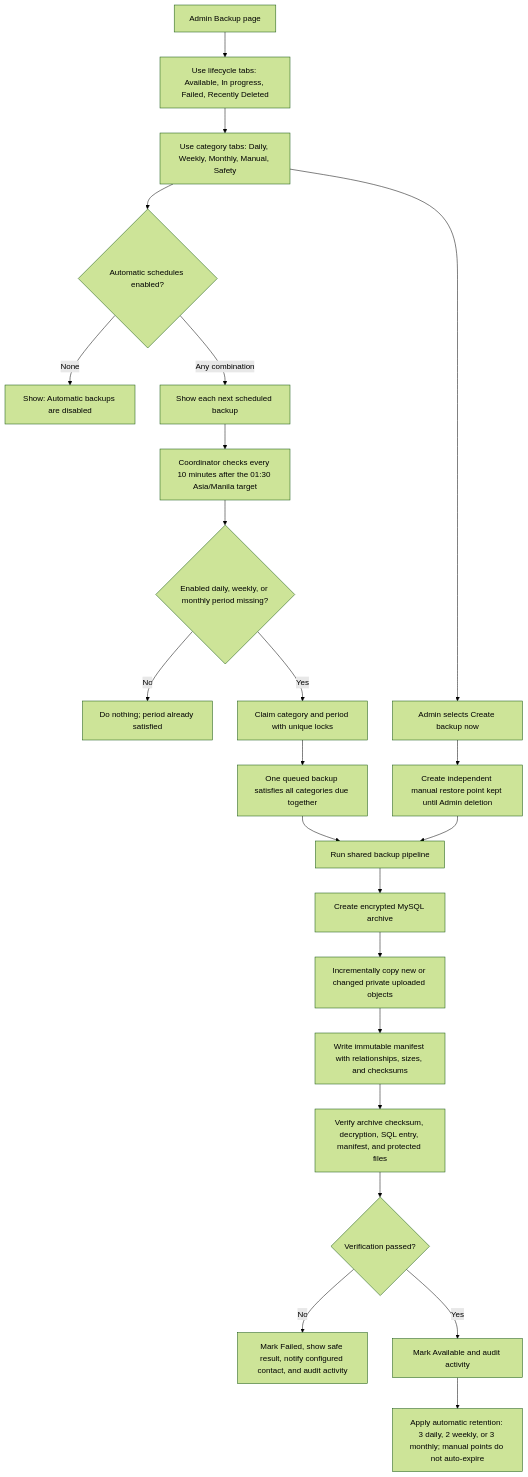
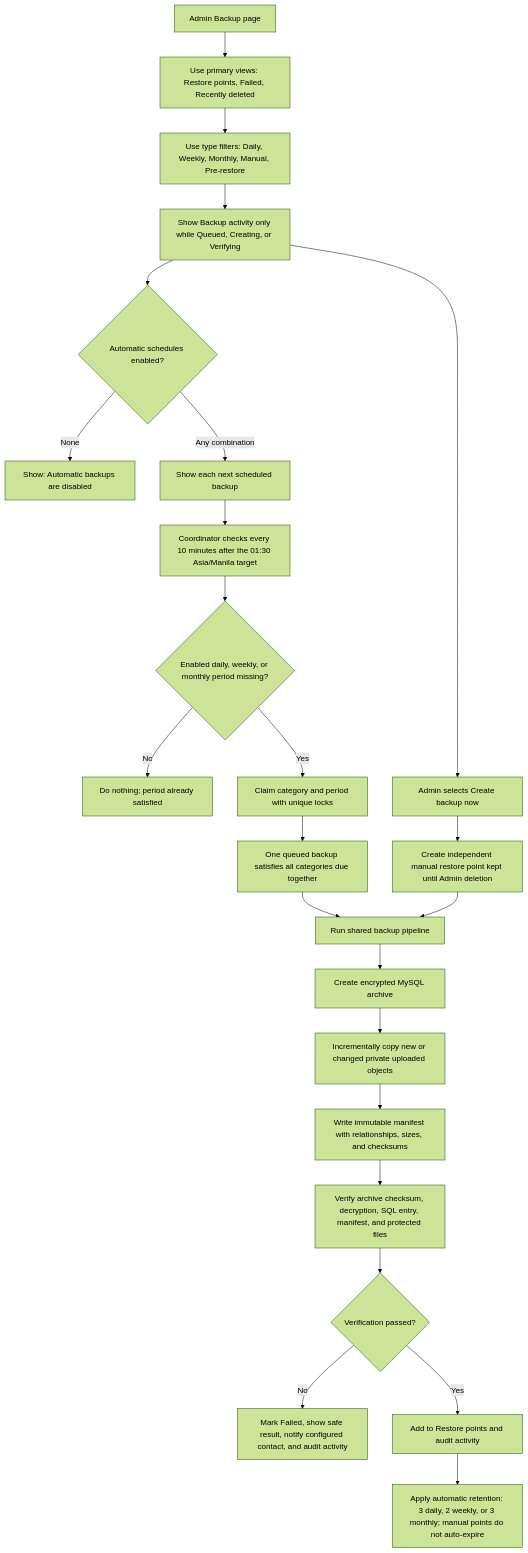
The first of 4 diagrams in docs/modules/Flowcharts/Backup and Recovery.md (ja2gc/Nutriscope), drawn with Mermaid (forest theme) before and after one commit. The commit also changed other lines of this file and 5 other files, not shown here.

````diff
--- a/docs/modules/Flowcharts/Backup and Recovery.md
+++ b/docs/modules/Flowcharts/Backup and Recovery.md
@@ -7,25 +7,26 @@
 ```mermaid
 flowchart TD
-    A["Admin Backup page"] --> A1["Use lifecycle tabs: Available, In progress, Failed, Recently Deleted"]
-    A1 --> A2["Use category tabs: Daily, Weekly, Monthly, Manual, Safety"]
-    A2 --> B{"Automatic schedules enabled?"}
+    A["Admin Backup page"] --> A1["Use primary views: Restore points, Failed, Recently deleted"]
+    A1 --> A2["Use type filters: Daily, Weekly, Monthly, Manual, Pre-restore"]
+    A2 --> A3["Show Backup activity only while Queued, Creating, or Verifying"]
+    A3 --> B{"Automatic schedules enabled?"}
     B -->|"None"| C["Show: Automatic backups are disabled"]
     B -->|"Any combination"| D["Show each next scheduled backup"]
     D --> E["Coordinator checks every 10 minutes after the 01:30 Asia/Manila target"]
     E --> F{"Enabled daily, weekly, or monthly period missing?"}
     F -->|"No"| G["Do nothing; period already satisfied"]
     F -->|"Yes"| H["Claim category and period with unique locks"]
     H --> I["One queued backup satisfies all categories due together"]
-    A2 --> J["Admin selects Create backup now"]
+    A3 --> J["Admin selects Create backup now"]
     J --> K["Create independent manual restore point kept until Admin deletion"]
     I --> L["Run shared backup pipeline"]
     K --> L
     L --> M["Create encrypted MySQL archive"]
     M --> N["Incrementally copy new or changed private uploaded objects"]
     N --> O["Write immutable manifest with relationships, sizes, and checksums"]
     O --> P["Verify archive checksum, decryption, SQL entry, manifest, and protected files"]
     P --> Q{"Verification passed?"}
     Q -->|"No"| R["Mark Failed, show safe result, notify configured contact, and audit activity"]
-    Q -->|"Yes"| S["Mark Available and audit activity"]
+    Q -->|"Yes"| S["Add to Restore points and audit activity"]
     S --> T["Apply automatic retention: 3 daily, 2 weekly, or 3 monthly; manual points do not auto-expire"]
 ```
````
